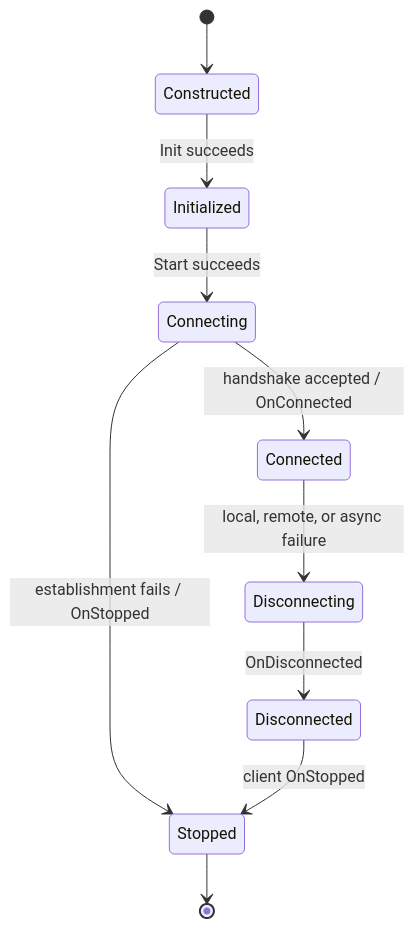
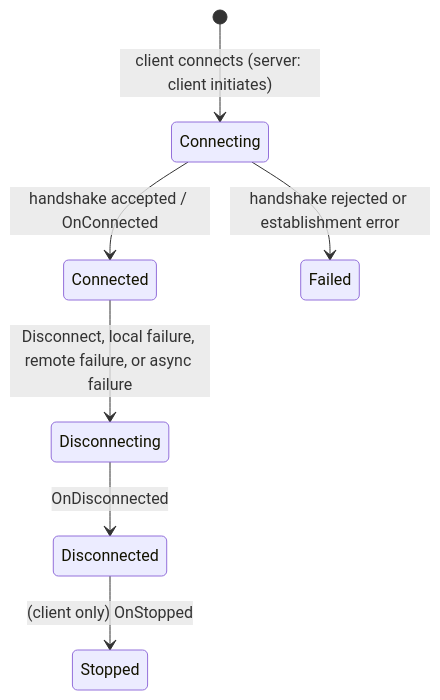
One commit to FyodorZh/Pontifex changed the third of 3 diagrams in Pontifex/Abstractions/Transports/Raw/Reliable/Ack/Specification.md. Above: the diagram before and after it, drawn with Mermaid. The commit also changed other lines of this file and 8 other files, not shown here.

````diff
--- a/Pontifex/Abstractions/Transports/Raw/Reliable/Ack/Specification.md
+++ b/Pontifex/Abstractions/Transports/Raw/Reliable/Ack/Specification.md
@@ -133,12 +350,9 @@
 ```mermaid
 stateDiagram-v2
-    [*] --> Constructed
-    Constructed --> Initialized: Init succeeds
-    Initialized --> Connecting: Start succeeds
+    [*] --> Connecting: client connects (server: client initiates)
     Connecting --> Connected: handshake accepted / OnConnected
-    Connecting --> Stopped: establishment fails / OnStopped
-    Connected --> Disconnecting: local, remote, or async failure
+    Connecting --> Failed: handshake rejected or establishment error
+    Connected --> Disconnecting: Disconnect, local failure, remote failure, or async failure
     Disconnecting --> Disconnected: OnDisconnected
-    Disconnected --> Stopped: client OnStopped
-    Stopped --> [*]
+    Disconnected --> Stopped: (client only) OnStopped
 ```
````
